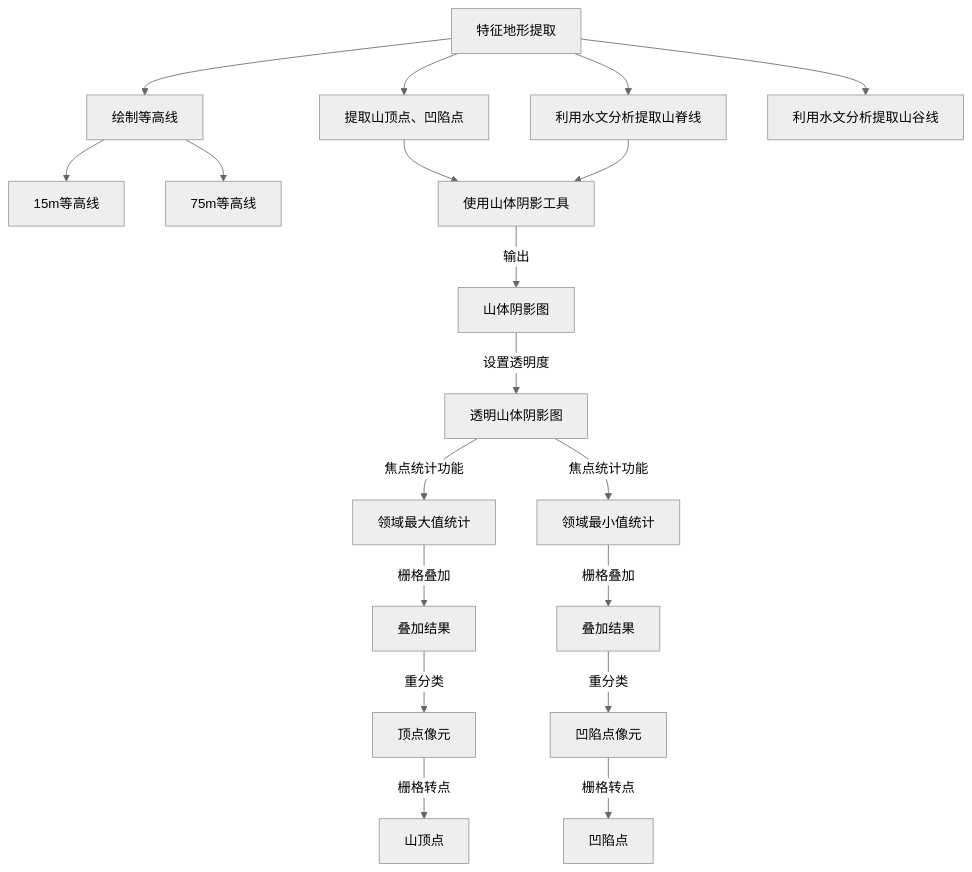
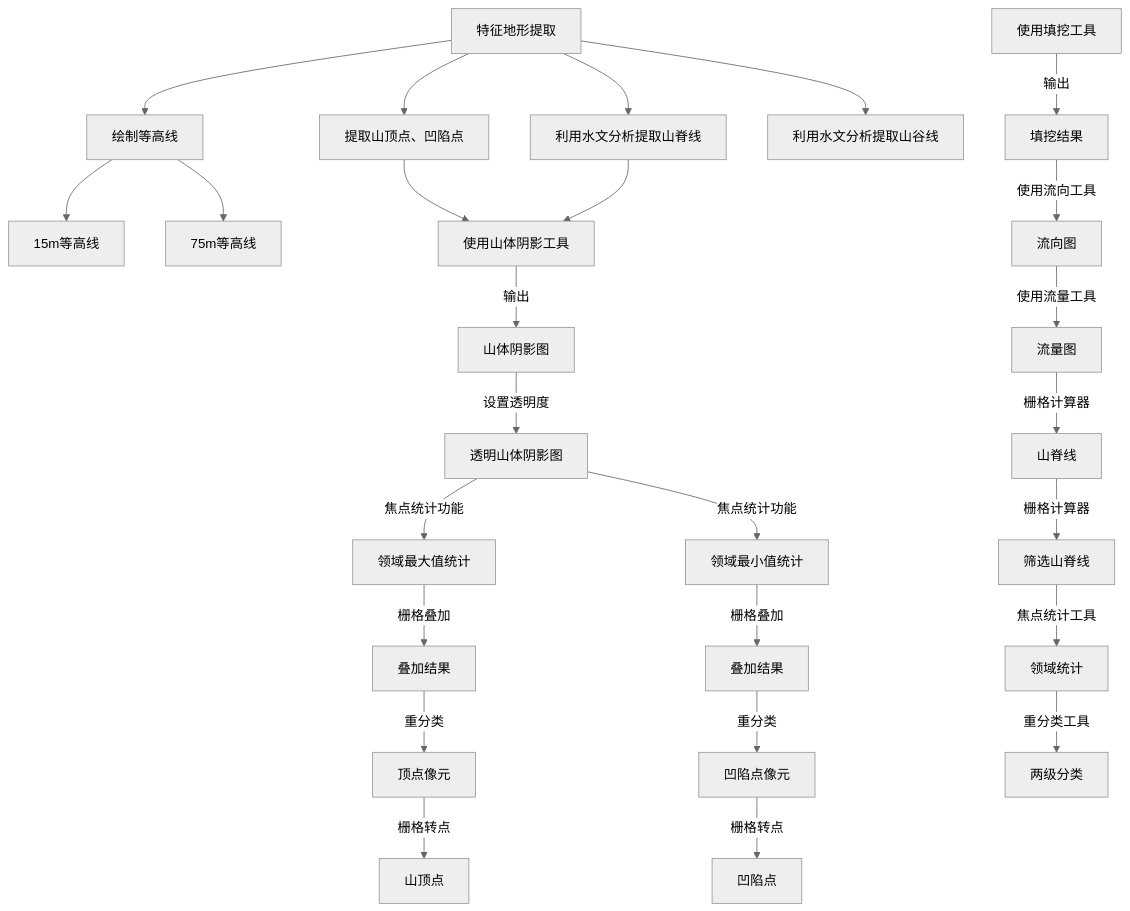
The diagram in all/未命名-2.md (newguser/iodraw-files), drawn with Mermaid (neutral theme) before and after one commit.

Commit message:
2025-02-28 08:55:55 update

````diff
--- a/all/未命名-2.md
+++ b/all/未命名-2.md
@@ -1,21 +1,28 @@
 ```mermaid
 graph TD
     A[特征地形提取] --> B[绘制等高线]
    A --> C[提取山顶点、凹陷点]
     A --> D[利用水文分析提取山脊线]
     A --> E[利用水文分析提取山谷线]
     B[绘制等高线]--> B1[15m等高线]
     B[绘制等高线]--> B2[75m等高线]
     C[提取山顶点、凹陷点]-->C1[使用山体阴影工具]
     D[利用水文分析提取山脊线]-->
      C1[使用山体阴影工具] -->|输出| C2[山体阴影图]
         C2 -->|设置透明度| C3[透明山体阴影图]
         C3 -->|焦点统计功能| C4[领域最大值统计]
         C4 -->|栅格叠加| C5[叠加结果]
         C5 -->|重分类| C6[顶点像元]
         C6 -->|栅格转点| C7[山顶点]
         C3 -->|焦点统计功能| C8[领域最小值统计]
         C8 -->|栅格叠加| C9[叠加结果]
         C9 -->|重分类| C10[凹陷点像元]
         C10 -->|栅格转点| C11[凹陷点]
+         D1[使用填挖工具] -->|输出| D2[填挖结果]
+        D2 -->|使用流向工具| D3[流向图]
+        D3 -->|使用流量工具| D4[流量图]
+        D4 -->|栅格计算器| D5[山脊线]
+        D5 -->|栅格计算器| D6[筛选山脊线]
+        D6 -->|焦点统计工具| D7[领域统计]
+        D7 -->|重分类工具| D8[两级分类]
 ```
````
